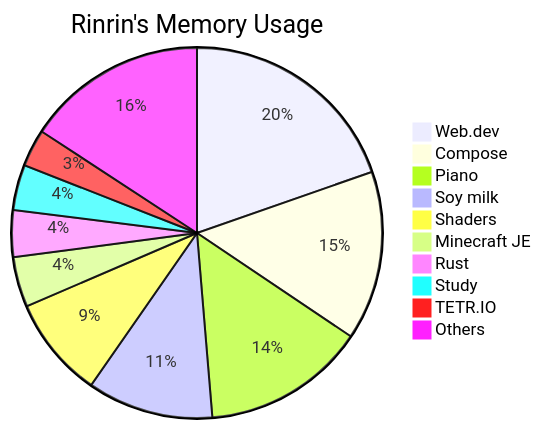
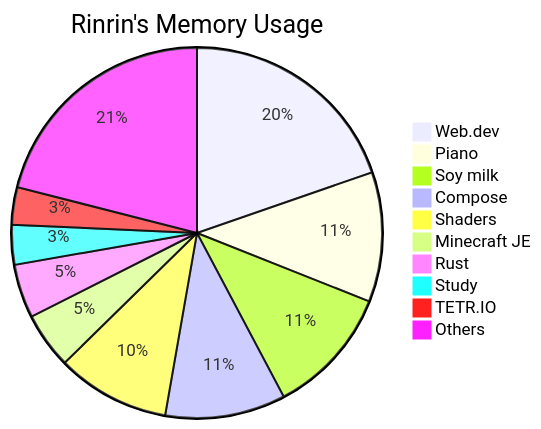
One commit to Rinrin0413/Rinrin0413 changed the diagram in README.md. Above: the diagram before and after it, drawn with Mermaid.

Commit message:
🛠 Update: Rinrin's Memory Usage

````diff
--- a/README.md
+++ b/README.md
@@ -76,13 +76,13 @@
 ```mermaid
 pie title Rinrin's Memory Usage
     "Web.dev": 193
-    "Compose": 145
-    "Piano": 140
-    "Soy milk": 108
-    "Shaders": 87
-    "Minecraft JE": 43
-    "Rust": 40
-    "Study": 39
+    "Piano": 111
+    "Soy milk": 110
+    "Compose": 103
+    "Shaders": 97
+    "Minecraft JE": 48
+    "Rust": 46
+    "Study": 34
     "TETR.IO": 32
-    "Others": 155
+    "Others": 206
 ```
````
